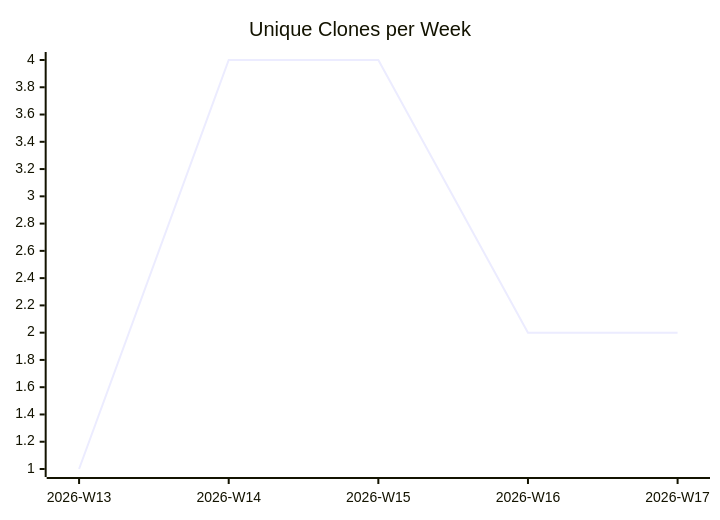
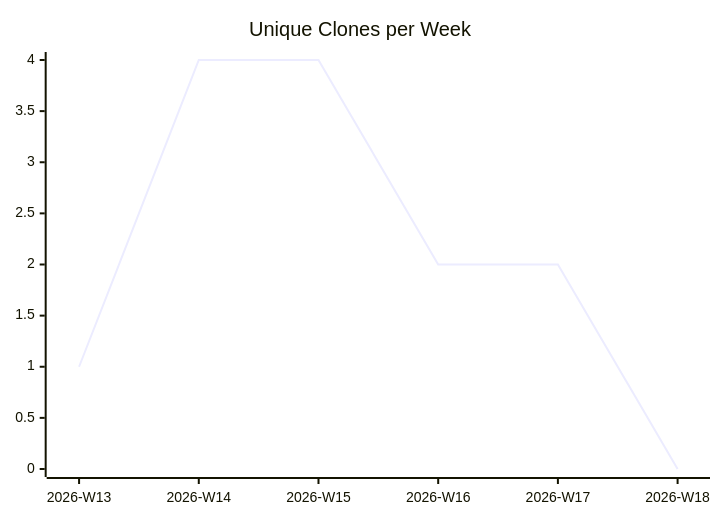
The third of 3 diagrams in karlmdavis/justdavis-puppet/README.md (justdavis-family/github-analytics-data), drawn with Mermaid before and after one commit. The commit also changed other lines of this file and 184 other files, not shown here.

````diff
--- a/karlmdavis/justdavis-puppet/README.md
+++ b/karlmdavis/justdavis-puppet/README.md
@@ -19,6 +19,6 @@
 ```mermaid
 xychart-beta
   title "Unique Clones per Week"
-  x-axis ["2026-W13", "2026-W14", "2026-W15", "2026-W16", "2026-W17"]
-  line [1, 4, 4, 2, 2]
+  x-axis ["2026-W13", "2026-W14", "2026-W15", "2026-W16", "2026-W17", "2026-W18"]
+  line [1, 4, 4, 2, 2, 0]
 ```
````
